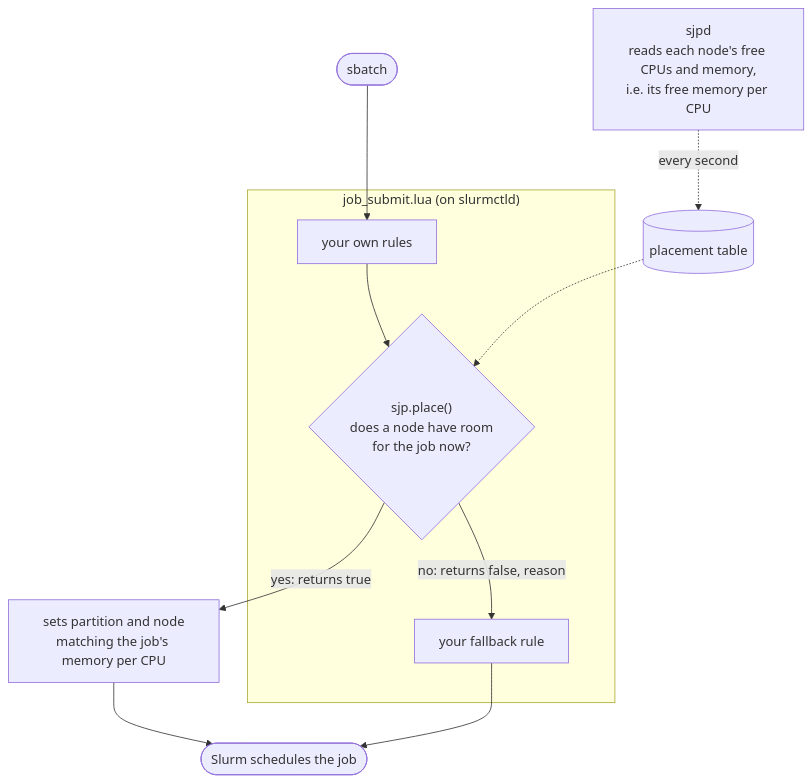
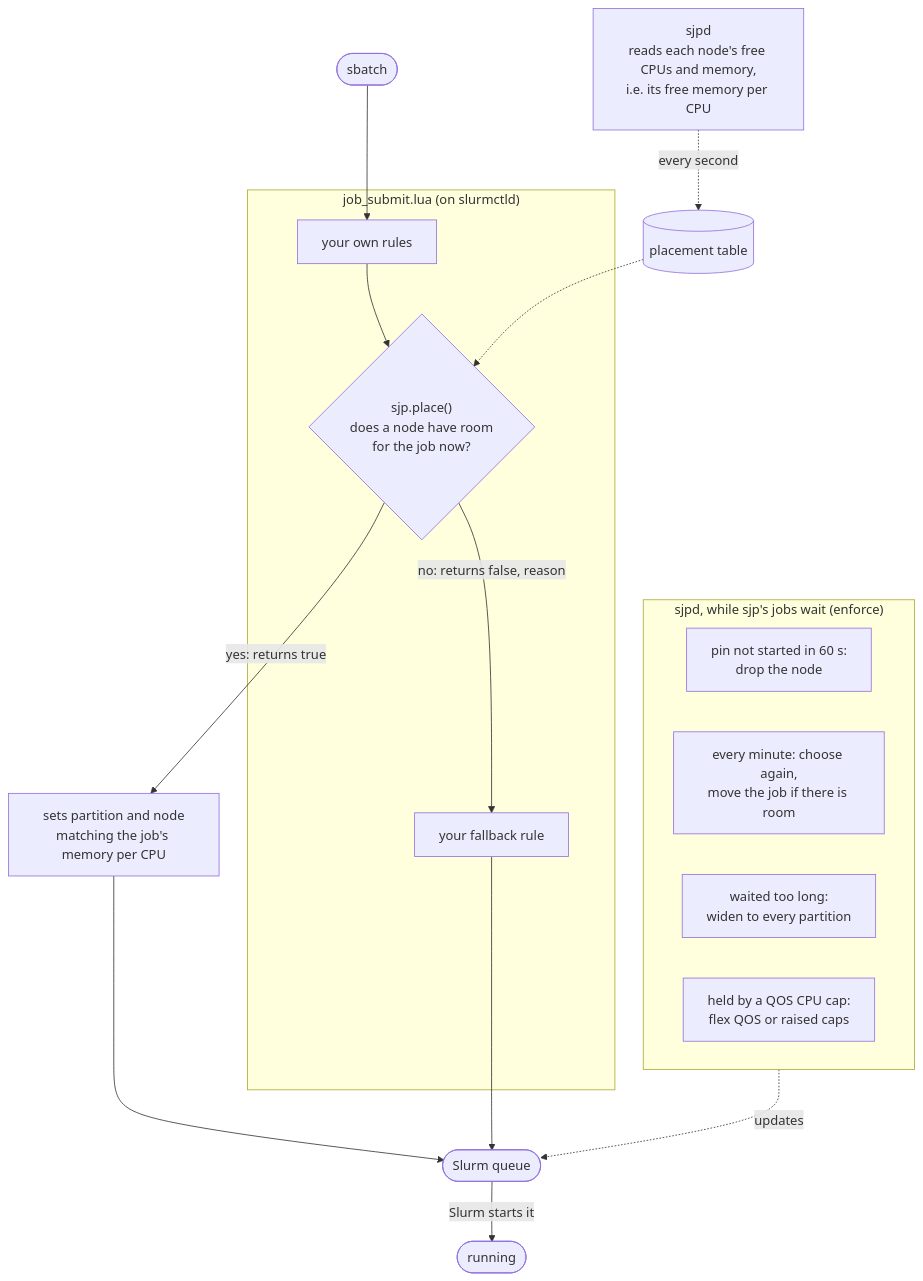
One commit to KasperSkytte/slurmjobpacker changed the diagram in README.md. Above: the diagram before and after it, drawn with Mermaid. The commit also changed other lines of this file and 5 other files, not shown here.

First line of the commit message:
feat: recheck pending jobs' partitions every minute

````diff
--- a/README.md
+++ b/README.md
@@ -29,13 +33,21 @@
 ```mermaid
 flowchart TD
     sjpd["sjpd<br/>reads each node's free CPUs and memory,<br/>i.e. its free memory per CPU"] -. "every second" .-> table[("placement table")]
     submit(["sbatch"]) --> own
     subgraph lua ["job_submit.lua (on slurmctld)"]
         own["your own rules"] --> place{"sjp.place()<br/>does a node have room<br/>for the job now?"}
         place -- "no: returns false, reason" --> fallback["your fallback rule"]
     end
     table -.-> place
     place -- "yes: returns true" --> parts["sets partition and node<br/>matching the job's memory per CPU"]
-    parts --> slurm(["Slurm schedules the job"])
-    fallback --> slurm
+    parts --> queue(["Slurm queue"])
+    fallback --> queue
+    queue -- "Slurm starts it" --> running(["running"])
+    subgraph pending ["sjpd, while sjp's jobs wait (enforce)"]
+        release["pin not started in 60 s:<br/>drop the node"]
+        recheck["every minute: choose again,<br/>move the job if there is room"]
+        widen["waited too long:<br/>widen to every partition"]
+        flex["held by a QOS CPU cap:<br/>flex QOS or raised caps"]
+    end
+    pending -. "updates" .-> queue
 ```
````
